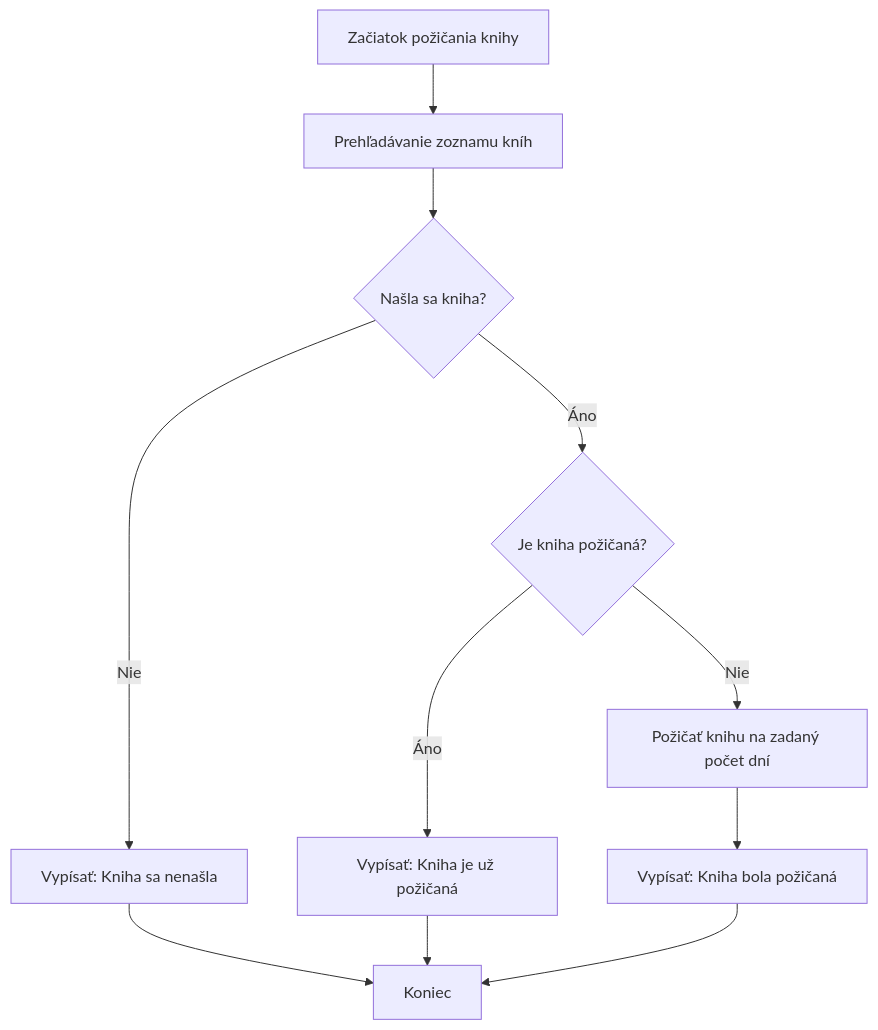
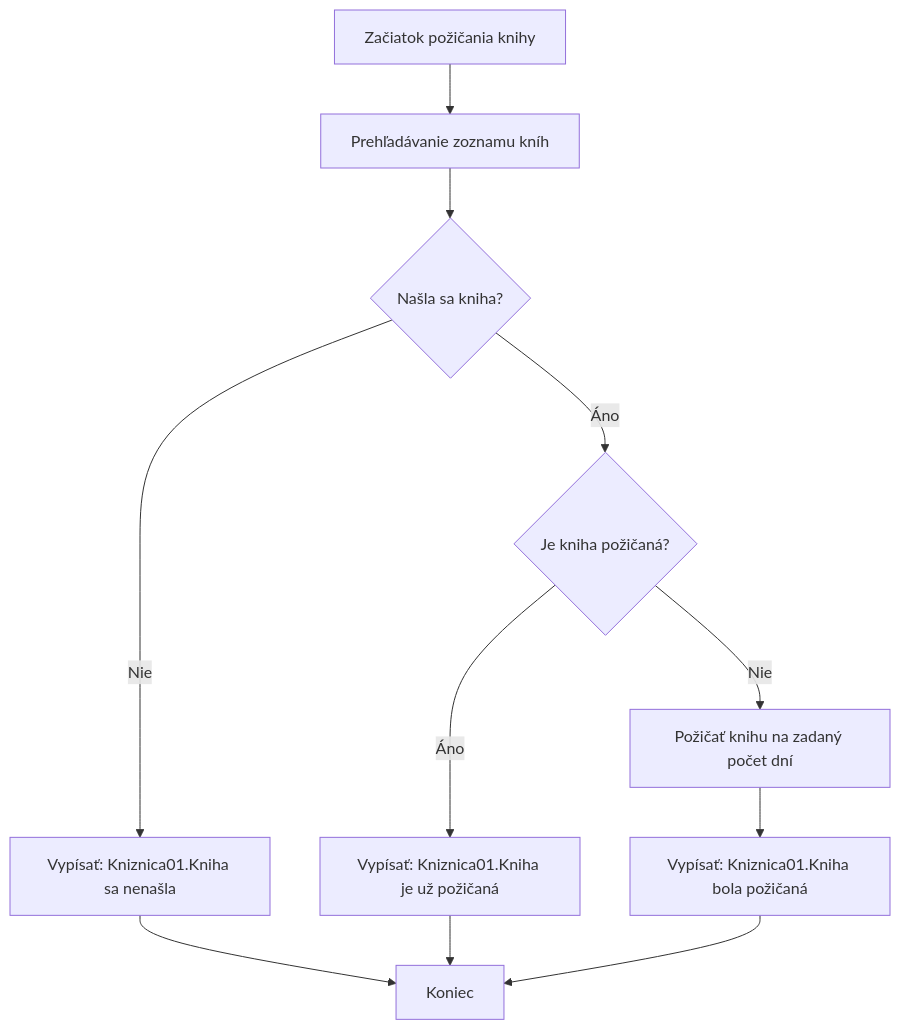
Before and after one commit to Chirch88/projekt_kniznica: the second of 2 diagrams in README.md, drawn with Mermaid. The commit also changed other lines of this file and 5 other files, not shown here.

````diff
--- a/README.md
+++ b/README.md
@@ -135,17 +135,17 @@
 ```mermaid
 flowchart TD
     A[Začiatok požičania knihy] --> B[Prehľadávanie zoznamu kníh]
     B --> C{Našla sa kniha?}
 
-    C -->|Nie| D[Vypísať: Kniha sa nenašla]
+    C -->|Nie| D[Vypísať: Kniznica01.Kniha sa nenašla]
     D --> E[Koniec]
 
     C -->|Áno| F{Je kniha požičaná?}
-    F -->|Áno| G[Vypísať: Kniha je už požičaná]
+    F -->|Áno| G[Vypísať: Kniznica01.Kniha je už požičaná]
     G --> E
 
     F -->|Nie| H[Požičať knihu na zadaný počet dní]
-    H --> I[Vypísať: Kniha bola požičaná]
+    H --> I[Vypísať: Kniznica01.Kniha bola požičaná]
     I --> E
 
 ```
````
